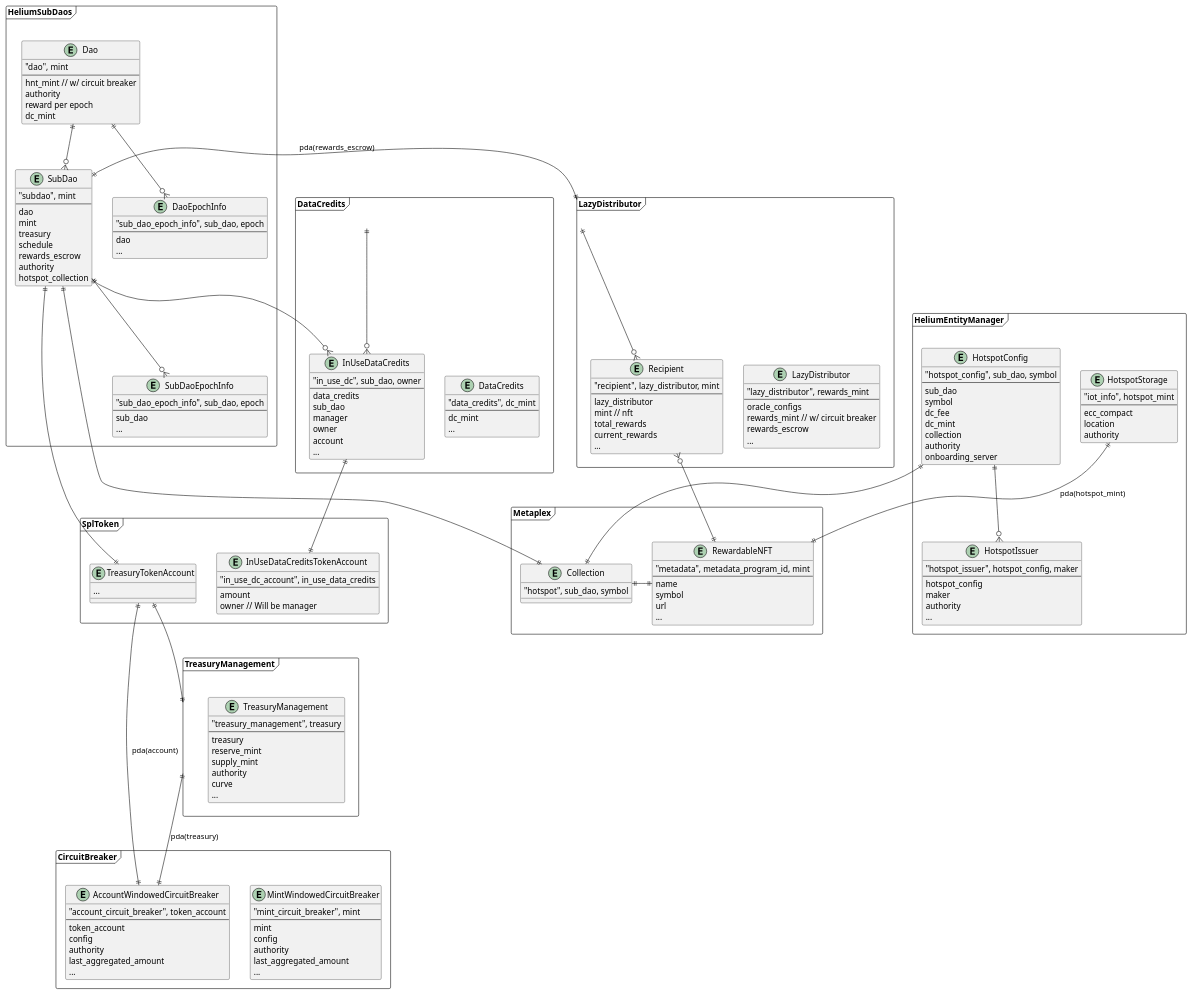
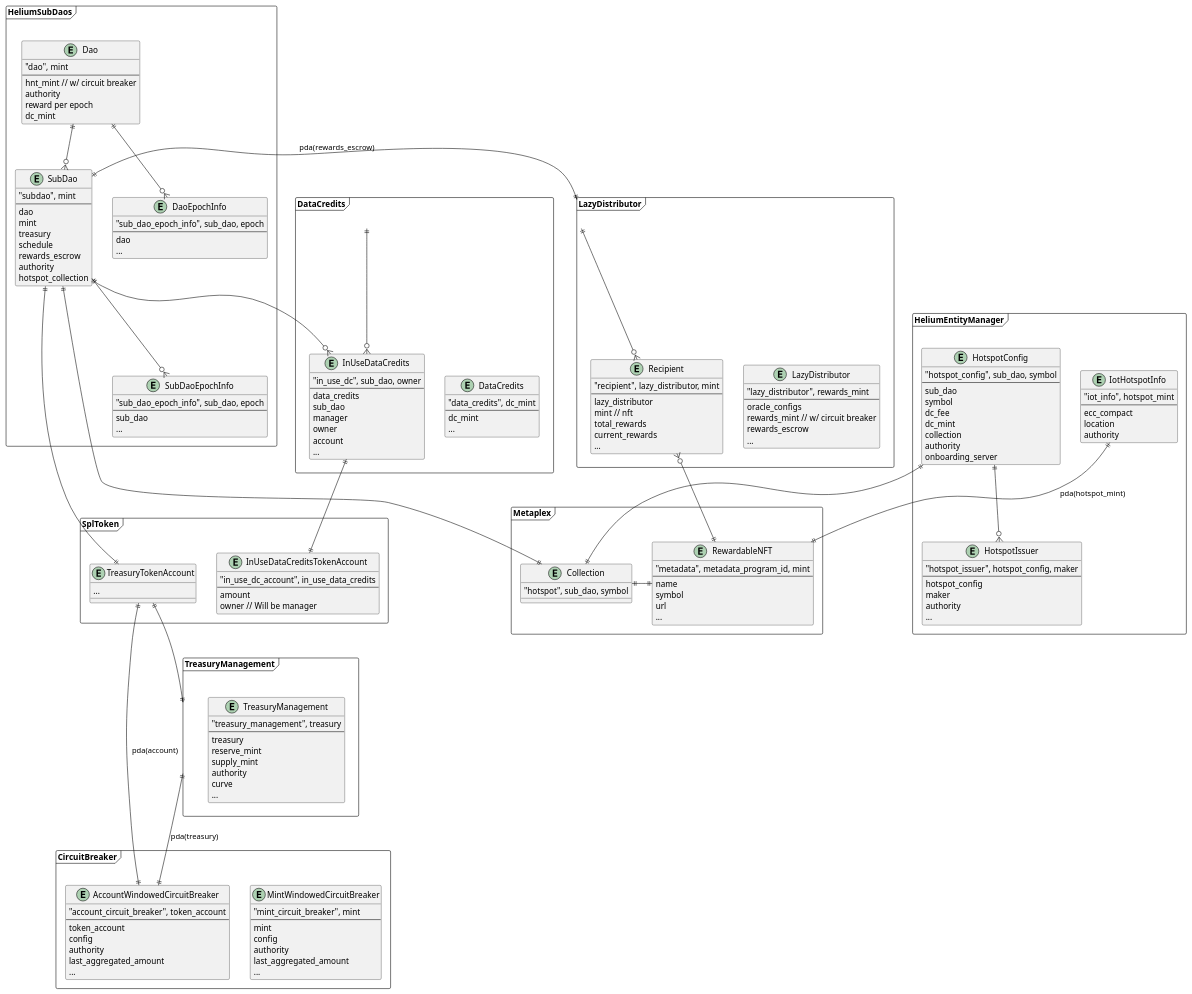
One commit to helium/helium-program-library changed the diagram in diagrams/erd.puml. Above: the diagram before and after it, drawn with PlantUML.

```diff
--- a/diagrams/erd.puml
+++ b/diagrams/erd.puml
@@ -114,7 +114,7 @@
     ...
   }
 
-  entity HotspotStorage {
+  entity IotHotspotInfo {
     "iot_info", hotspot_mint
     --
     ecc_compact
@@ -203,6 +203,6 @@
 
 RewardableNFT ||-|| Collection
 
-HotspotStorage ||-|| RewardableNFT : pda(hotspot_mint)
+IotHotspotInfo ||-|| RewardableNFT : pda(hotspot_mint)
 
 @enduml
```
